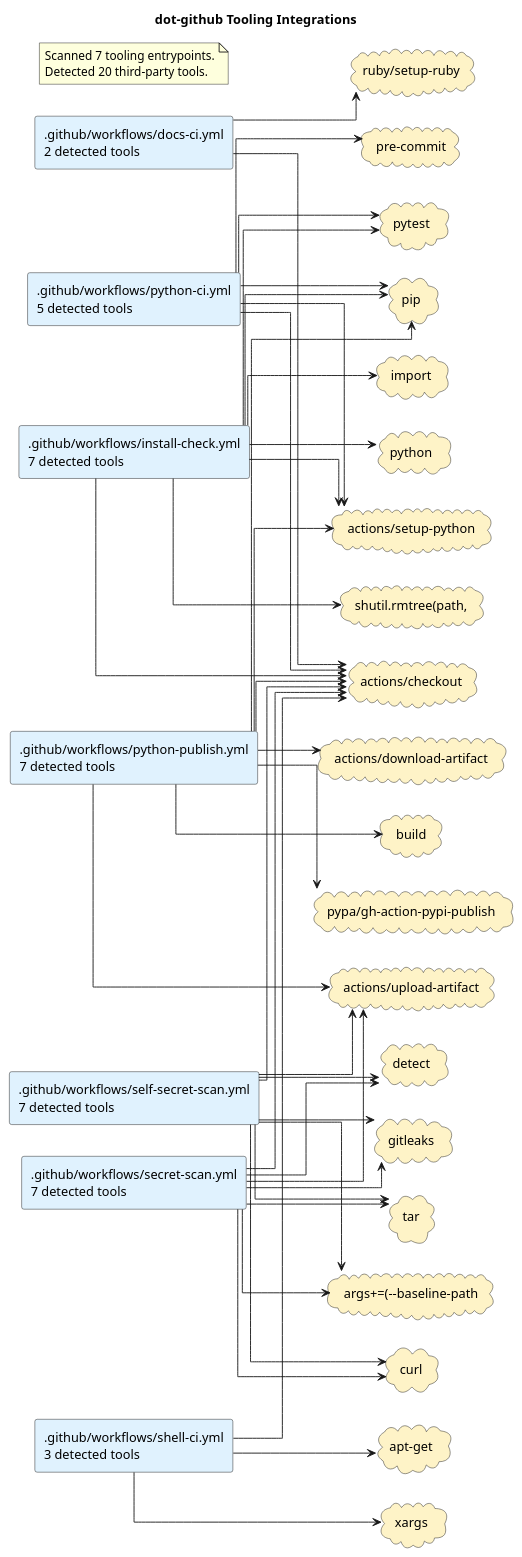
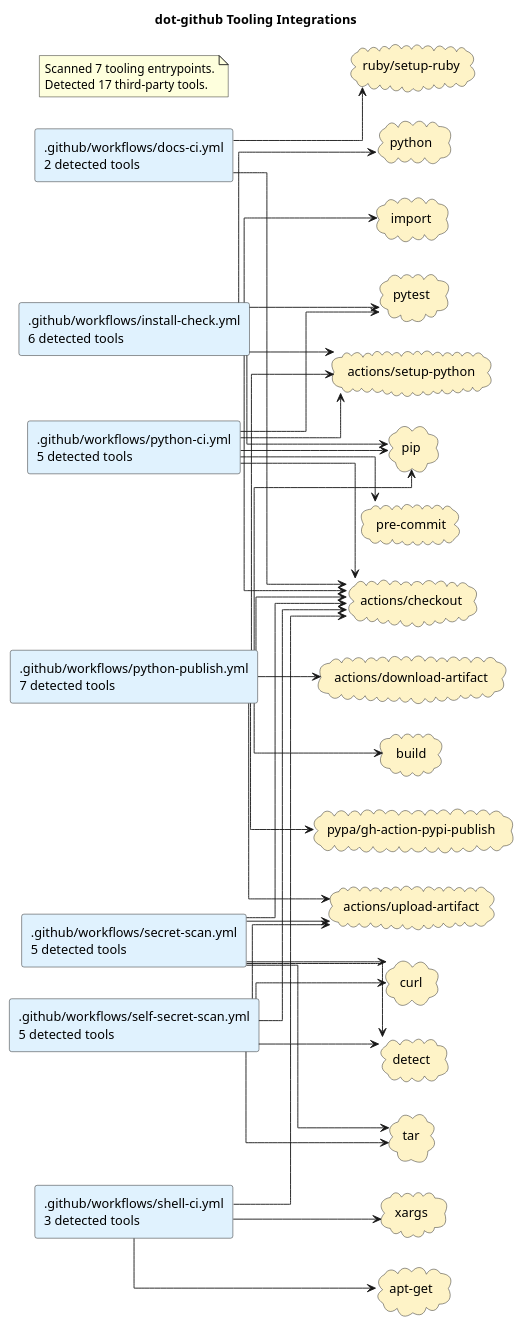
The diagram in docs/diagrams/tooling-integrations.puml (casonk/.github), drawn with PlantUML before and after one commit. The commit also changed 2 other files, not shown here.

Commit message:
docs: refresh architecture diagrams (#23)
Publish the archility-generated diagram refresh from the 2026-10-07 weekly render on the Fedora desktop.

```diff
--- a/docs/diagrams/tooling-integrations.puml
+++ b/docs/diagrams/tooling-integrations.puml
@@ -1,77 +1,69 @@
 @startuml
 title dot-github Tooling Integrations
 left to right direction
 skinparam shadowing false
 skinparam defaultFontName Monospace
 skinparam componentStyle rectangle
 skinparam linetype ortho
 rectangle ".github/workflows/docs-ci.yml\n2 detected tools" as source_github_workflows_docs_ci_yml #E0F2FE
-rectangle ".github/workflows/install-check.yml\n7 detected tools" as source_github_workflows_install_check_yml #E0F2FE
+rectangle ".github/workflows/install-check.yml\n6 detected tools" as source_github_workflows_install_check_yml #E0F2FE
 rectangle ".github/workflows/python-ci.yml\n5 detected tools" as source_github_workflows_python_ci_yml #E0F2FE
 rectangle ".github/workflows/python-publish.yml\n7 detected tools" as source_github_workflows_python_publish_yml #E0F2FE
-rectangle ".github/workflows/secret-scan.yml\n7 detected tools" as source_github_workflows_secret_scan_yml #E0F2FE
-rectangle ".github/workflows/self-secret-scan.yml\n7 detected tools" as source_github_workflows_self_secret_scan_yml #E0F2FE
+rectangle ".github/workflows/secret-scan.yml\n5 detected tools" as source_github_workflows_secret_scan_yml #E0F2FE
+rectangle ".github/workflows/self-secret-scan.yml\n5 detected tools" as source_github_workflows_self_secret_scan_yml #E0F2FE
 rectangle ".github/workflows/shell-ci.yml\n3 detected tools" as source_github_workflows_shell_ci_yml #E0F2FE
 cloud "actions/checkout" as tool_actions_checkout #FEF3C7
 cloud "actions/download-artifact" as tool_actions_download_artifact #FEF3C7
 cloud "actions/setup-python" as tool_actions_setup_python #FEF3C7
 cloud "actions/upload-artifact" as tool_actions_upload_artifact #FEF3C7
 cloud "apt-get" as tool_apt_get #FEF3C7
-cloud "args+=(--baseline-path" as tool_args_baseline_path #FEF3C7
 cloud "build" as tool_build #FEF3C7
 cloud "curl" as tool_curl #FEF3C7
 cloud "detect" as tool_detect #FEF3C7
-cloud "gitleaks" as tool_gitleaks #FEF3C7
 cloud "import" as tool_import #FEF3C7
 cloud "pip" as tool_pip #FEF3C7
 cloud "pre-commit" as tool_pre_commit #FEF3C7
 cloud "pypa/gh-action-pypi-publish" as tool_pypa_gh_action_pypi_publish #FEF3C7
 cloud "pytest" as tool_pytest #FEF3C7
 cloud "python" as tool_python #FEF3C7
 cloud "ruby/setup-ruby" as tool_ruby_setup_ruby #FEF3C7
-cloud "shutil.rmtree(path," as tool_shutil_rmtree_path #FEF3C7
 cloud "tar" as tool_tar #FEF3C7
 cloud "xargs" as tool_xargs #FEF3C7
 source_github_workflows_docs_ci_yml --> tool_actions_checkout
 source_github_workflows_docs_ci_yml --> tool_ruby_setup_ruby
 source_github_workflows_install_check_yml --> tool_actions_checkout
 source_github_workflows_install_check_yml --> tool_actions_setup_python
 source_github_workflows_install_check_yml --> tool_import
 source_github_workflows_install_check_yml --> tool_pip
 source_github_workflows_install_check_yml --> tool_pytest
 source_github_workflows_install_check_yml --> tool_python
-source_github_workflows_install_check_yml --> tool_shutil_rmtree_path
 source_github_workflows_python_ci_yml --> tool_actions_checkout
 source_github_workflows_python_ci_yml --> tool_actions_setup_python
 source_github_workflows_python_ci_yml --> tool_pip
 source_github_workflows_python_ci_yml --> tool_pre_commit
 source_github_workflows_python_ci_yml --> tool_pytest
 source_github_workflows_python_publish_yml --> tool_actions_checkout
 source_github_workflows_python_publish_yml --> tool_actions_download_artifact
 source_github_workflows_python_publish_yml --> tool_actions_setup_python
 source_github_workflows_python_publish_yml --> tool_actions_upload_artifact
 source_github_workflows_python_publish_yml --> tool_build
 source_github_workflows_python_publish_yml --> tool_pip
 source_github_workflows_python_publish_yml --> tool_pypa_gh_action_pypi_publish
 source_github_workflows_secret_scan_yml --> tool_actions_checkout
 source_github_workflows_secret_scan_yml --> tool_actions_upload_artifact
-source_github_workflows_secret_scan_yml --> tool_args_baseline_path
 source_github_workflows_secret_scan_yml --> tool_curl
 source_github_workflows_secret_scan_yml --> tool_detect
-source_github_workflows_secret_scan_yml --> tool_gitleaks
 source_github_workflows_secret_scan_yml --> tool_tar
 source_github_workflows_self_secret_scan_yml --> tool_actions_checkout
 source_github_workflows_self_secret_scan_yml --> tool_actions_upload_artifact
-source_github_workflows_self_secret_scan_yml --> tool_args_baseline_path
 source_github_workflows_self_secret_scan_yml --> tool_curl
 source_github_workflows_self_secret_scan_yml --> tool_detect
-source_github_workflows_self_secret_scan_yml --> tool_gitleaks
 source_github_workflows_self_secret_scan_yml --> tool_tar
 source_github_workflows_shell_ci_yml --> tool_actions_checkout
 source_github_workflows_shell_ci_yml --> tool_apt_get
 source_github_workflows_shell_ci_yml --> tool_xargs
 note as toolingGraphSummary
 Scanned 7 tooling entrypoints.
-Detected 20 third-party tools.
+Detected 17 third-party tools.
 end note
 @enduml
```
